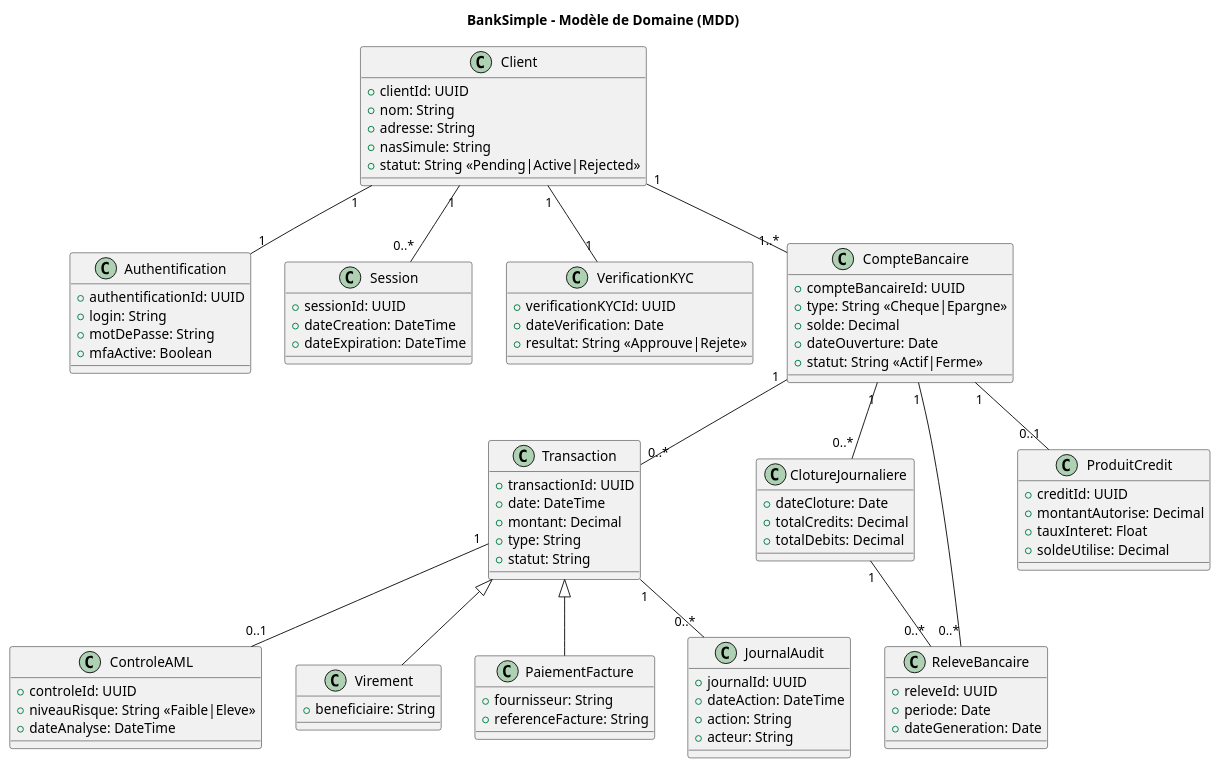
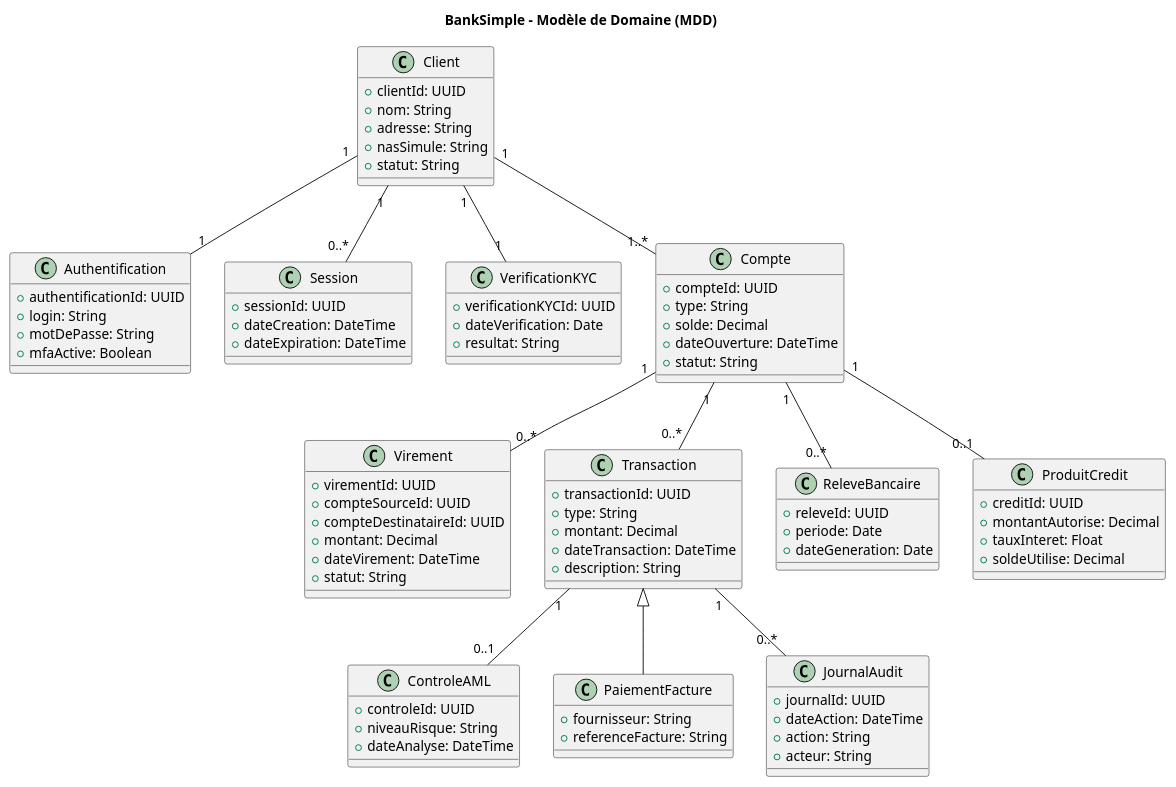
One commit to Toksunus/banksimple changed the diagram in PlantUML/mdd.puml. Above: the diagram before and after it, drawn with PlantUML. The commit also changed 7 other files, not shown here.

```diff
--- a/PlantUML/mdd.puml
+++ b/PlantUML/mdd.puml
@@ -1,118 +1,121 @@
 @startuml mdd
 title BankSimple - Modèle de Domaine (MDD)
 
 class Client {
   +clientId: UUID
   +nom: String
   +adresse: String
   +nasSimule: String
-  +statut: String <<Pending|Active|Rejected>>
+  +statut: String
+  ' Pending | Active | Rejected
 }
 
 '===============================================
 
 class Authentification {
   +authentificationId: UUID
   +login: String
   +motDePasse: String
   +mfaActive: Boolean
 }
 
 Client "1" -- "1" Authentification
 
 '===============================================
 
 class Session {
   +sessionId: UUID
   +dateCreation: DateTime
   +dateExpiration: DateTime
 }
 
 Client "1" -- "0..*" Session
 
 '===============================================
 
 class VerificationKYC {
   +verificationKYCId: UUID
   +dateVerification: Date
-  +resultat: String <<Approuve|Rejete>>
+  +resultat: String
+  ' Approuve | Rejete
 }
 
 Client "1" -- "1" VerificationKYC
 
 '===============================================
 
-class CompteBancaire {
-  +compteBancaireId: UUID
-  +type: String <<Cheque|Epargne>>
+class Compte {
+  +compteId: UUID
+  +type: String
+  ' Cheque | Epargne
   +solde: Decimal
-  +dateOuverture: Date
-  +statut: String <<Actif|Ferme>>
+  +dateOuverture: DateTime
+  +statut: String
+  ' Actif | Ferme
+}
+
+class Virement {
+  +virementId: UUID
+  +compteSourceId: UUID
+  +compteDestinataireId: UUID
+  +montant: Decimal
+  +dateVirement: DateTime
+  +statut: String
+  ' Suspect | Effectué | Echoué
 }
 
 class Transaction {
   +transactionId: UUID
-  +date: DateTime
+  +type: String
   +montant: Decimal
-  +type: String
-  +statut: String
+  +dateTransaction: DateTime
+  +description: String
 }
 
 class ControleAML {
   +controleId: UUID
-  +niveauRisque: String <<Faible|Eleve>>
+  +niveauRisque: String
+  ' Faible | Eleve
   +dateAnalyse: DateTime
-}
-
-class Virement {
-  +beneficiaire: String
 }
 
 class PaiementFacture {
   +fournisseur: String
   +referenceFacture: String
 }
 
 class JournalAudit {
   +journalId: UUID
   +dateAction: DateTime
   +action: String
   +acteur: String
-}
-
-class ClotureJournaliere {
-  +dateCloture: Date
-  +totalCredits: Decimal
-  +totalDebits: Decimal
 }
 
 class ReleveBancaire {
   +releveId: UUID
   +periode: Date
   +dateGeneration: Date
 }
 
 class ProduitCredit {
   +creditId: UUID
   +montantAutorise: Decimal
   +tauxInteret: Float
   +soldeUtilise: Decimal
 }
 
 '===============================================
 
-Client "1" -- "1..*" CompteBancaire
+Client "1" -- "1..*" Compte
 
-CompteBancaire "1" -- "0..*" Transaction
-CompteBancaire "1" -- "0..*" ReleveBancaire
-CompteBancaire "1" -- "0..1" ProduitCredit
-CompteBancaire "1" -- "0..*" ClotureJournaliere
+Compte "1" -- "0..*" Transaction
+Compte "1" -- "0..*" ReleveBancaire
+Compte "1" -- "0..1" ProduitCredit
 
-Transaction <|-- Virement
+Compte "1" -- "0..*" Virement
+
 Transaction <|-- PaiementFacture
 Transaction "1" -- "0..1" ControleAML
 Transaction "1" -- "0..*" JournalAudit
 
-ClotureJournaliere "1" -- "0..*" ReleveBancaire
-
 @enduml
```
